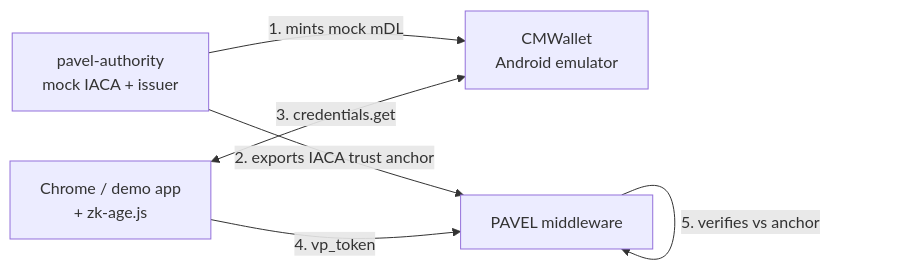
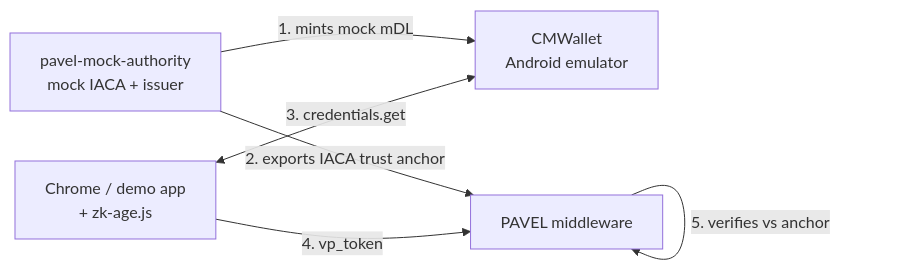
The fourth of 4 diagrams in docs/ARCHITECTURE.md (justinswork/pavel), drawn with Mermaid before and after one commit. The commit also changed other lines of this file and 1 other file, not shown here.

First line of the commit message:
Rename pavel-authority to pavel-mock-authority in docs

````diff
--- a/docs/ARCHITECTURE.md
+++ b/docs/ARCHITECTURE.md
@@ -376,8 +376,8 @@
 ```mermaid
 graph LR
-    AUTH["pavel-authority<br/>mock IACA + issuer"] -->|1. mints mock mDL| CM[CMWallet<br/>Android emulator]
+    AUTH["pavel-mock-authority<br/>mock IACA + issuer"] -->|1. mints mock mDL| CM[CMWallet<br/>Android emulator]
     AUTH -->|2. exports IACA trust anchor| MW[PAVEL middleware]
     BROWSER[Chrome / demo app<br/>+ zk-age.js] <-->|3. credentials.get| CM
     BROWSER -->|4. vp_token| MW
     MW -->|5. verifies vs anchor| MW
 ```
````
